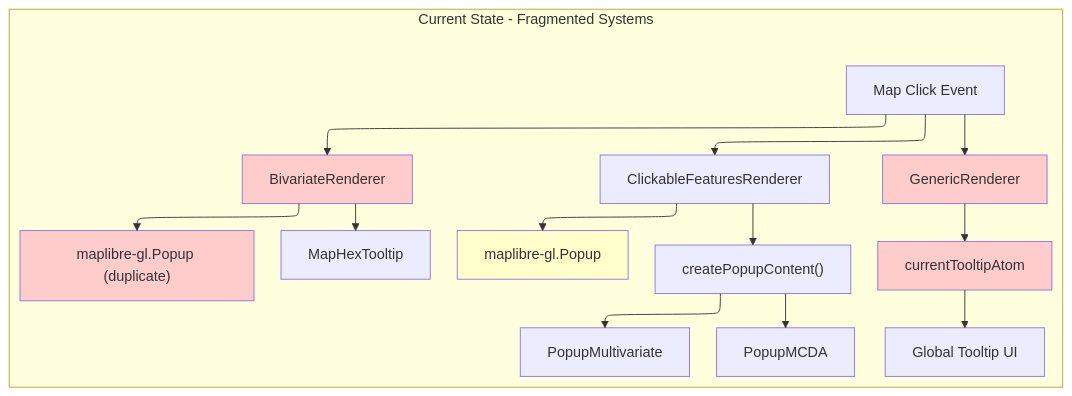
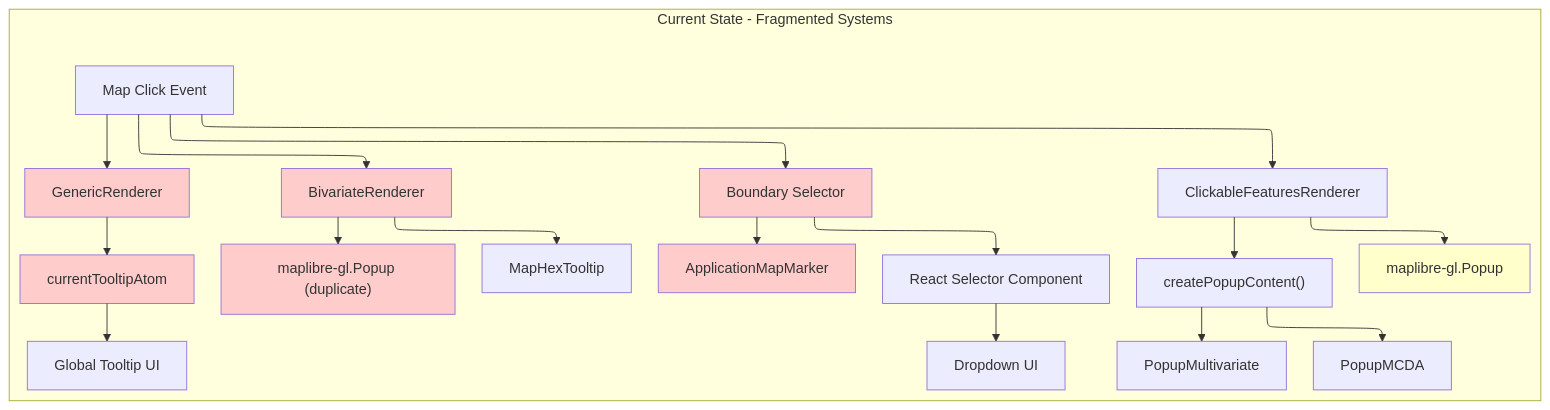
One commit to konturio/disaster-ninja-fe changed the first of 2 diagrams in docs/architecture/ADR-001-MapPopover-Migration-Architecture.md. Above: the diagram before and after it, drawn with Mermaid. The commit also changed other lines of this file and 5 other files, not shown here.

````diff
--- a/docs/architecture/ADR-001-MapPopover-Migration-Architecture.md
+++ b/docs/architecture/ADR-001-MapPopover-Migration-Architecture.md
@@ -13,29 +24,36 @@
 ```mermaid
 ---
 config:
   layout: elk
 ---
 graph TD
     subgraph "Current State - Fragmented Systems"
         A["Map Click Event"] --> B["GenericRenderer"]
         A --> C["ClickableFeaturesRenderer"]
         A --> D["BivariateRenderer"]
+        A --> E["Boundary Selector"]
 
-        B --> E["currentTooltipAtom"]
-        E --> F["Global Tooltip UI"]
+        B --> F["currentTooltipAtom"]
+        F --> G["Global Tooltip UI"]
 
-        C --> G["maplibre-gl.Popup"]
-        C --> H["createPopupContent()"]
-        H --> I["PopupMCDA"]
-        H --> J["PopupMultivariate"]
+        C --> H["maplibre-gl.Popup"]
+        C --> I["createPopupContent()"]
+        I --> J["PopupMCDA"]
+        I --> K["PopupMultivariate"]
 
-        D --> K["maplibre-gl.Popup (duplicate)"]
-        D --> L["MapHexTooltip"]
+        D --> L["maplibre-gl.Popup (duplicate)"]
+        D --> M["MapHexTooltip"]
+
+        E --> N["ApplicationMapMarker"]
+        E --> O["React Selector Component"]
+        O --> P["Dropdown UI"]
 
         style B fill:#ffcccc
         style D fill:#ffcccc
         style E fill:#ffcccc
-        style G fill:#ffffcc
-        style K fill:#ffcccc
+        style F fill:#ffcccc
+        style H fill:#ffffcc
+        style L fill:#ffcccc
+        style N fill:#ffcccc
     end
 ```
````
